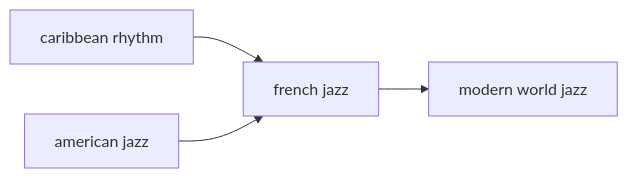
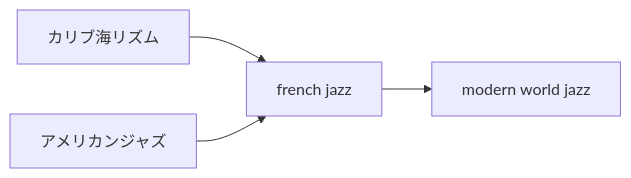
Before and after one commit to monumental-movement/monumental-movement.github.io: the sixth of 11 diagrams in en/_posts/2026-05-16-column-martinique.md, drawn with Mermaid. The commit also changed other lines of this file and 2196 other files, not shown here.

```diff
--- a/en/_posts/2026-05-16-column-martinique.md
+++ b/en/_posts/2026-05-16-column-martinique.md
@@ -261,6 +261,6 @@
 <div class="mermaid">
 flowchart LR
-A[caribbean rhythm] --> C[french jazz]
-B[american jazz] --> C
+A[カリブ海リズム] --> C[french jazz]
+B[アメリカンジャズ] --> C
 C --> D[modern world jazz]
 </div>
```
